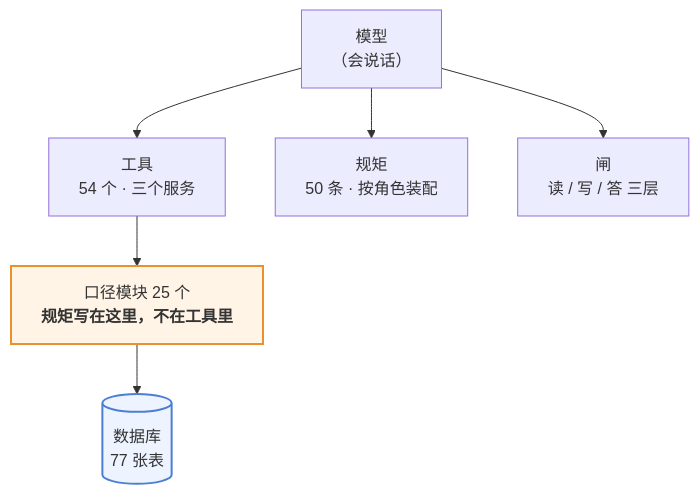
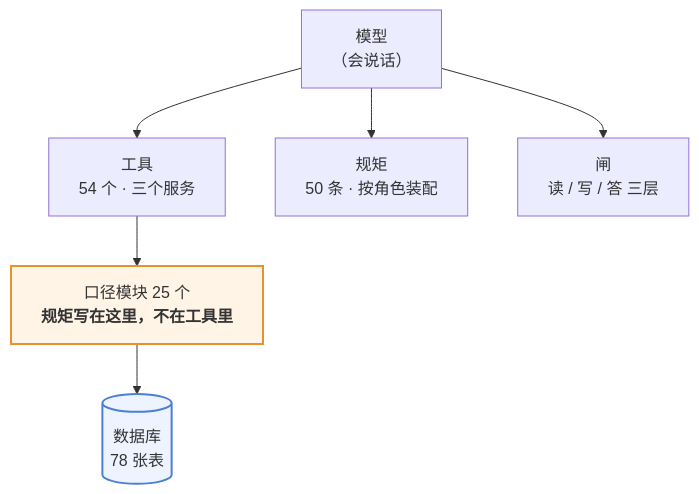
One commit to 843773296-rgb/lanxiu-yunshang-agent changed the first of 3 diagrams in 澜绣云裳agent-产品说明.md. Above: the diagram before and after it, drawn with Mermaid. The commit also changed other lines of this file and 6 other files, not shown here.

````diff
--- a/澜绣云裳agent-产品说明.md
+++ b/澜绣云裳agent-产品说明.md
@@ -62,12 +62,12 @@
 ```mermaid
 flowchart TD
     M["模型<br/>（会说话）"]
     M --> T["工具<br/>54 个 · 三个服务"]
     M --> R["规矩<br/>50 条 · 按角色装配"]
     M --> G["闸<br/>读 / 写 / 答 三层"]
     T --> K["口径模块 25 个<br/><b>规矩写在这里，不在工具里</b>"]
-    K --> DB[("数据库<br/>77 张表")]
+    K --> DB[("数据库<br/>78 张表")]
 
     style K fill:#fff4e6,stroke:#e8912d,stroke-width:2px
     style DB fill:#eef4ff,stroke:#4a7fd4,stroke-width:2px
 ```
````
